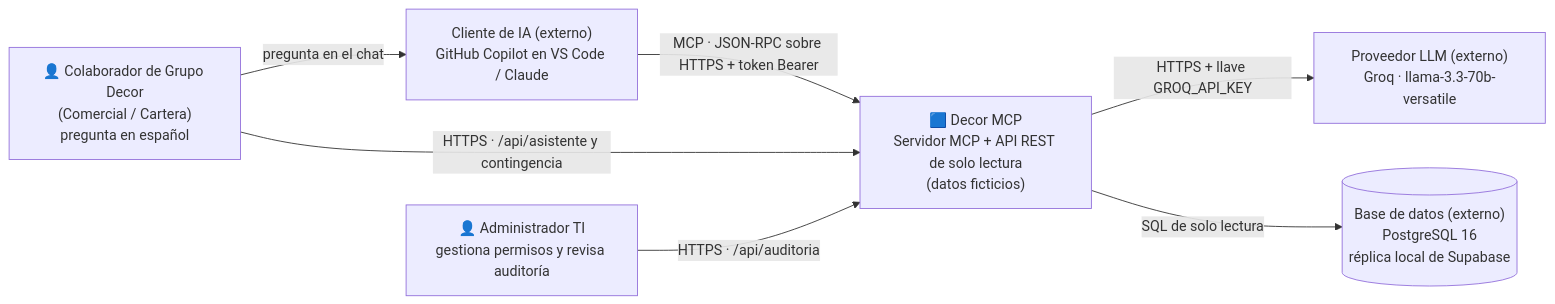
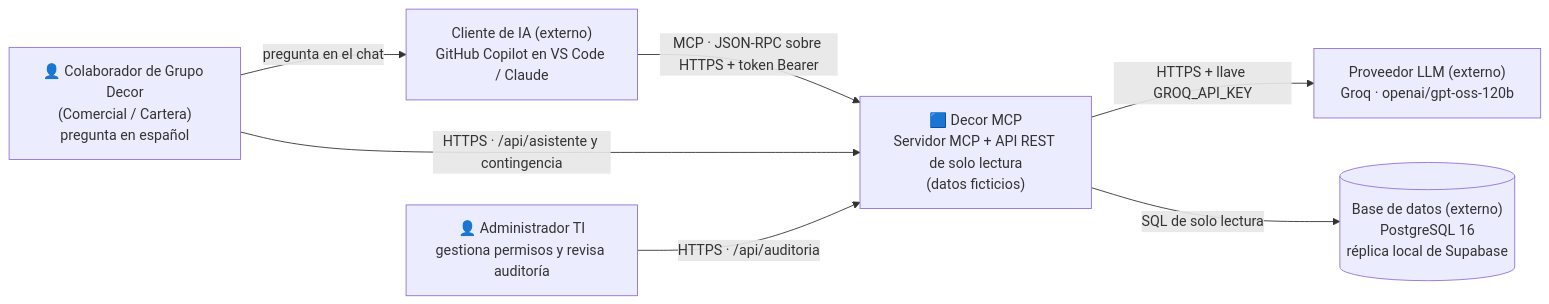
Before and after one commit to karencr7/decor-mcp: the first of 2 diagrams in docs/arquitectura.md, drawn with Mermaid.

Commit message:
docs: modelo de Groq actualizado en el diagrama de contexto
llama-3.3-70b fue retirado; se usa openai/gpt-oss-120b.

````diff
--- a/docs/arquitectura.md
+++ b/docs/arquitectura.md
@@ -14,18 +14,18 @@
 ```mermaid
 flowchart LR
     COL["👤 Colaborador de Grupo Decor<br/>(Comercial / Cartera)<br/>pregunta en español"]
     ADM["👤 Administrador TI<br/>gestiona permisos y revisa auditoría"]
 
     SYS["🟦 Decor MCP<br/>Servidor MCP + API REST de solo lectura<br/>(datos ficticios)"]
 
     IA["Cliente de IA (externo)<br/>GitHub Copilot en VS Code / Claude"]
-    LLM["Proveedor LLM (externo)<br/>Groq · llama-3.3-70b-versatile"]
+    LLM["Proveedor LLM (externo)<br/>Groq · openai/gpt-oss-120b"]
     DB[("Base de datos (externo)<br/>PostgreSQL 16<br/>réplica local de Supabase")]
 
     COL -->|"pregunta en el chat"| IA
     IA -->|"MCP · JSON-RPC sobre HTTPS + token Bearer"| SYS
     COL -->|"HTTPS · /api/asistente y contingencia"| SYS
     ADM -->|"HTTPS · /api/auditoria"| SYS
     SYS -->|"HTTPS + llave GROQ_API_KEY"| LLM
     SYS -->|"SQL de solo lectura"| DB
 ```
````
